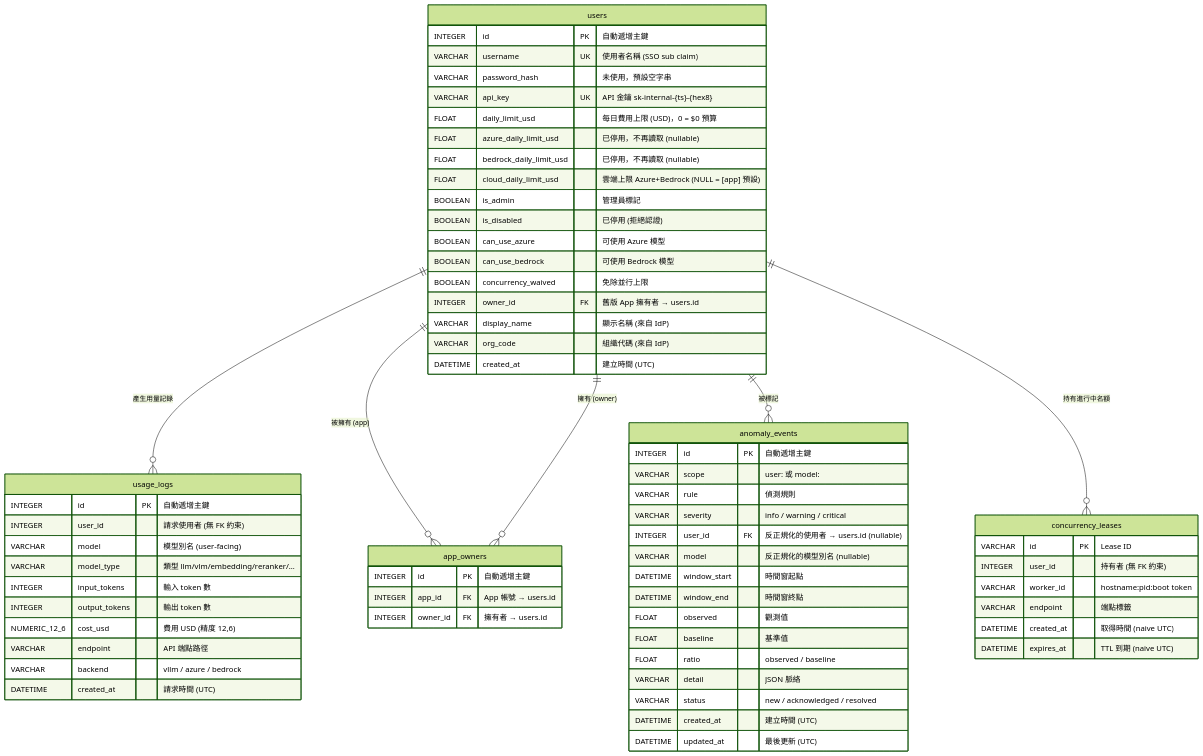
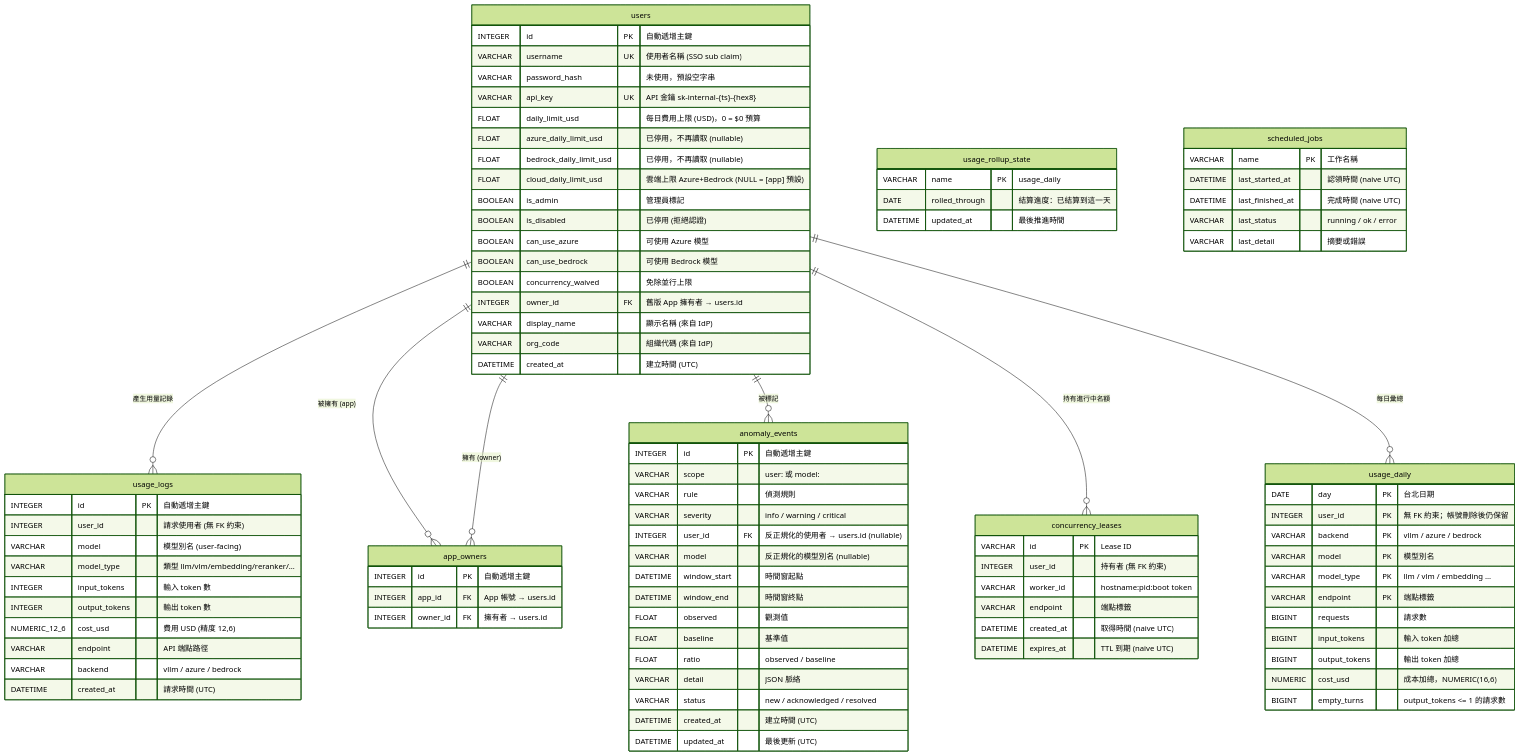
One commit to bwinken/llm-gateway changed the first of 3 diagrams in app/models/README.zh-TW.md. Above: the diagram before and after it, drawn with Mermaid (forest theme). The commit also changed other lines of this file and 13 other files, not shown here.

First line of the commit message:
Docs: cover usage_daily, scheduled_jobs and the in-gateway jobs everywhere

````diff
--- a/app/models/README.zh-TW.md
+++ b/app/models/README.zh-TW.md
@@ -80,9 +80,38 @@
         DATETIME expires_at "TTL 到期 (naive UTC)"
     }
 
+    usage_daily {
+        DATE day PK "台北日期"
+        INTEGER user_id PK "無 FK 約束；帳號刪除後仍保留"
+        VARCHAR backend PK "vllm / azure / bedrock"
+        VARCHAR model PK "模型別名"
+        VARCHAR model_type PK "llm / vlm / embedding ..."
+        VARCHAR endpoint PK "端點標籤"
+        BIGINT requests "請求數"
+        BIGINT input_tokens "輸入 token 加總"
+        BIGINT output_tokens "輸出 token 加總"
+        NUMERIC cost_usd "成本加總，NUMERIC(16,6)"
+        BIGINT empty_turns "output_tokens <= 1 的請求數"
+    }
+
+    usage_rollup_state {
+        VARCHAR name PK "usage_daily"
+        DATE rolled_through "結算進度：已結算到這一天"
+        DATETIME updated_at "最後推進時間"
+    }
+
+    scheduled_jobs {
+        VARCHAR name PK "工作名稱"
+        DATETIME last_started_at "認領時間 (naive UTC)"
+        DATETIME last_finished_at "完成時間 (naive UTC)"
+        VARCHAR last_status "running / ok / error"
+        VARCHAR last_detail "摘要或錯誤"
+    }
+
     users ||--o{ usage_logs : "產生用量記錄"
     users ||--o{ app_owners : "被擁有 (app)"
     users ||--o{ app_owners : "擁有 (owner)"
     users ||--o{ anomaly_events : "被標記"
     users ||--o{ concurrency_leases : "持有進行中名額"
+    users ||--o{ usage_daily : "每日彙總"
 ```
````
